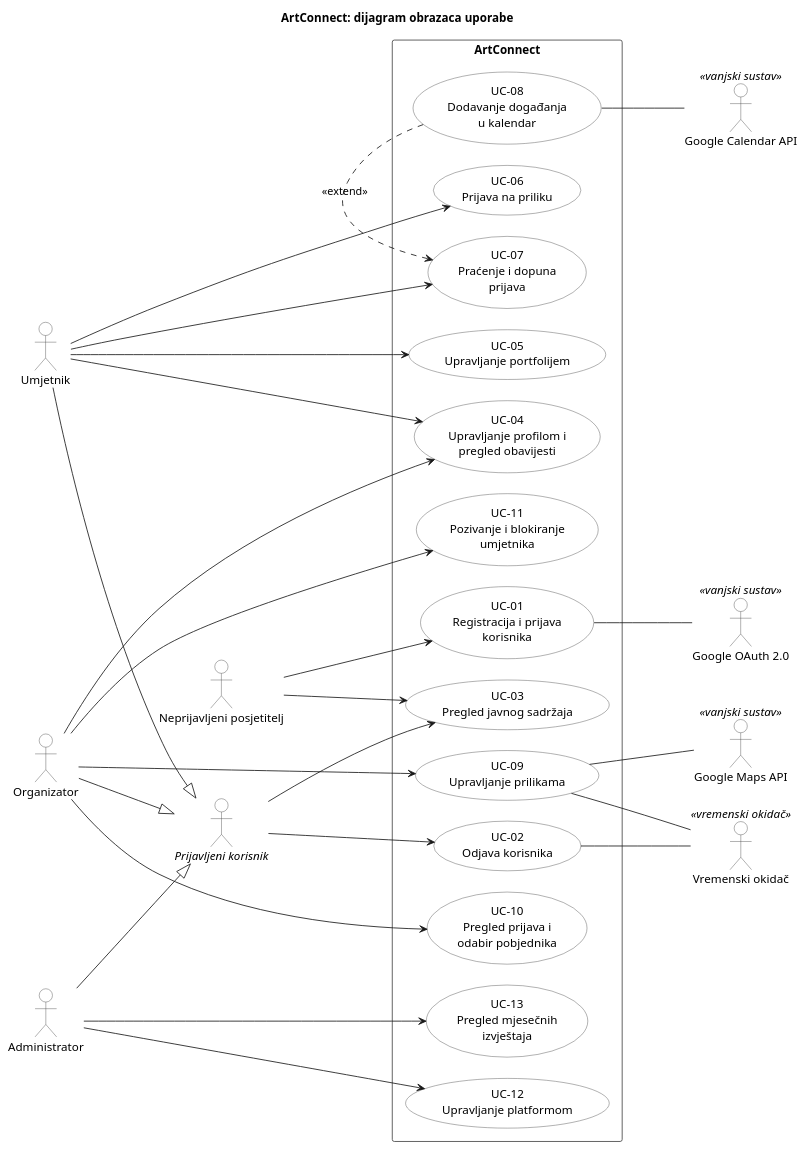
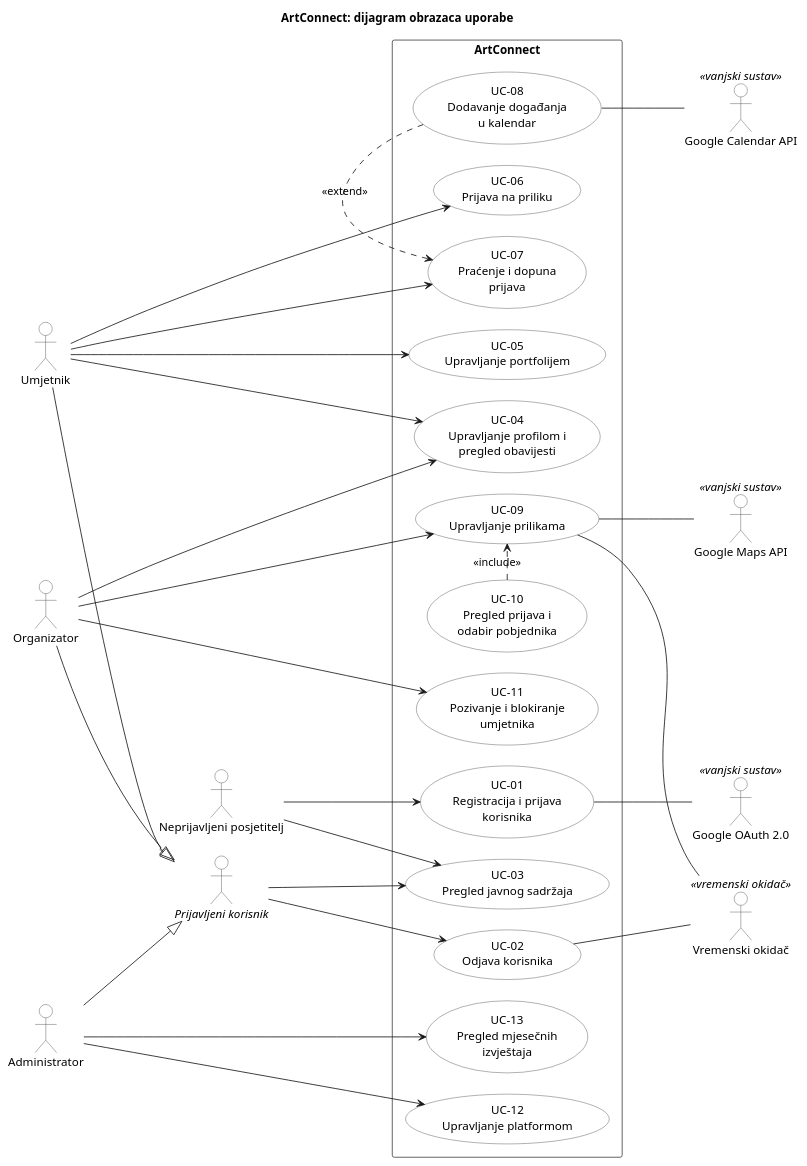
Before and after one commit to matkocrnoja/ArtConnect: the diagram in docs/puml/3-1-artconnect-UC.puml, drawn with PlantUML. The commit also changed 2 other files, not shown here.

```diff
--- a/docs/puml/3-1-artconnect-UC.puml
+++ b/docs/puml/3-1-artconnect-UC.puml
@@ -1,87 +1,87 @@
 @startuml 3-1-artconnect-UC
 left to right direction
 skinparam shadowing false
 skinparam ranksep 90
 skinparam nodesep 25
 skinparam usecase {
   BackgroundColor #FFFFFF
   BorderColor #444444
 }
 skinparam actor {
   BackgroundColor #FFFFFF
   BorderColor #444444
 }
 skinparam rectangle {
   BackgroundColor #FFFFFF
   BorderColor #444444
 }
 title ArtConnect: dijagram obrazaca uporabe
 
 ' --- Primarni akteri ---
 actor "Neprijavljeni posjetitelj" as Posjetitelj
 actor "<i>Prijavljeni korisnik</i>" as Prijavljeni
 actor "Umjetnik" as Umjetnik
 actor "Organizator" as Organizator
 actor "Administrator" as Admin
 
 Umjetnik --|> Prijavljeni
 Organizator --|> Prijavljeni
 Admin --|> Prijavljeni
 
 ' --- Sustav ---
 rectangle "ArtConnect" {
   usecase "UC-01\nRegistracija i prijava\nkorisnika" as UC01
   usecase "UC-02\nOdjava korisnika" as UC02
   usecase "UC-03\nPregled javnog sadržaja" as UC03
   usecase "UC-04\nUpravljanje profilom i\npregled obavijesti" as UC04
   usecase "UC-05\nUpravljanje portfolijem" as UC05
   usecase "UC-06\nPrijava na priliku" as UC06
   usecase "UC-07\nPraćenje i dopuna\nprijava" as UC07
   usecase "UC-08\nDodavanje događanja\nu kalendar" as UC08
   usecase "UC-09\nUpravljanje prilikama" as UC09
   usecase "UC-10\nPregled prijava i\nodabir pobjednika" as UC10
   usecase "UC-11\nPozivanje i blokiranje\numjetnika" as UC11
   usecase "UC-12\nUpravljanje platformom" as UC12
   usecase "UC-13\nPregled mjesečnih\nizvještaja" as UC13
 }
 
 ' --- Sekundarni akteri ---
 actor "Google OAuth 2.0" as OAuth <<vanjski sustav>>
 actor "Google Maps API" as Maps <<vanjski sustav>>
 actor "Google Calendar API" as Calendar <<vanjski sustav>>
 actor "Vremenski okidač" as Timer <<vremenski okidač>>
 
 ' --- Neprijavljeni posjetitelj ---
 Posjetitelj --> UC01
 Posjetitelj --> UC03
 
 ' --- Prijavljeni korisnik (zajedničko za sve tri uloge) ---
 Prijavljeni --> UC02
 Prijavljeni --> UC03
 
 ' --- Umjetnik ---
 Umjetnik --> UC04
 Umjetnik --> UC06
 Umjetnik --> UC05
 Umjetnik --> UC07
 
 ' --- Organizator ---
 Organizator --> UC04
 Organizator --> UC09
-Organizator --> UC10
 Organizator --> UC11
 
 ' --- Administrator ---
 Admin --> UC12
 Admin --> UC13
 
 ' --- Sekundarni akteri ---
 UC01 -- OAuth
 UC09 -- Maps
 UC09 -- Timer
 UC02 -- Timer
 UC08 -- Calendar
 
 ' --- Odnosi među obrascima uporabe ---
 UC08 .> UC07 : <<extend>>
+UC10 .> UC09 : <<include>>
 @enduml
```
